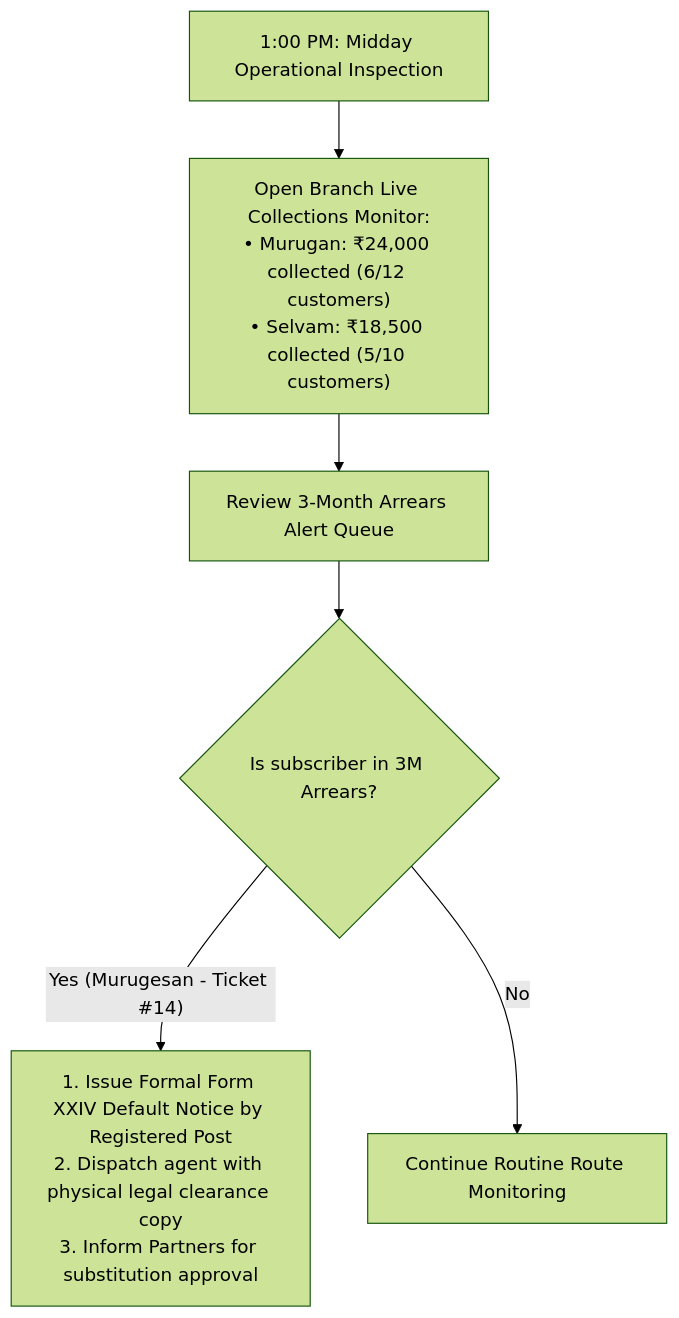
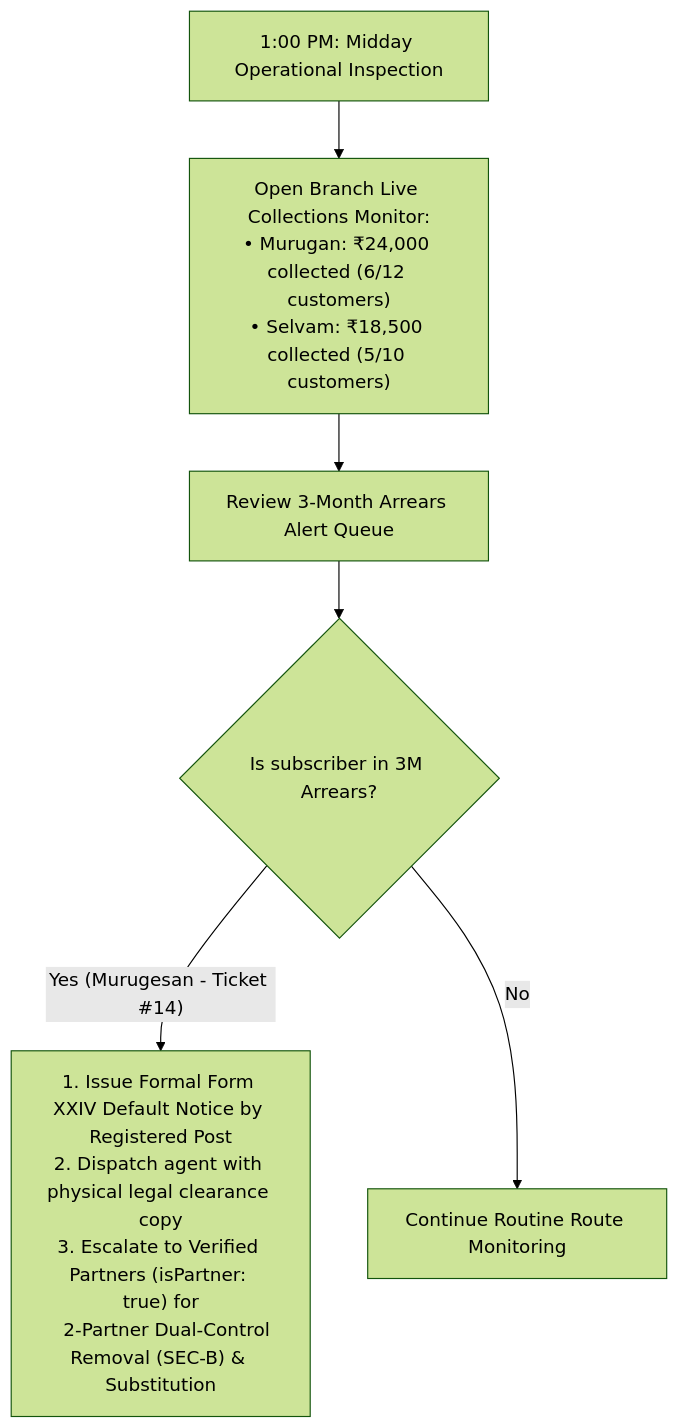
One commit to Kathir-24/Kumaran-finance changed the tenth of 10 diagrams in docs/07-operations/user-manuals/branch-manager-manual.md. Above: the diagram before and after it, drawn with Mermaid (forest theme). The commit also changed other lines of this file and 4 other files, not shown here.

````diff
--- a/docs/07-operations/user-manuals/branch-manager-manual.md
+++ b/docs/07-operations/user-manuals/branch-manager-manual.md
@@ -244,8 +244,8 @@
 ```mermaid
 flowchart TD
     Midday["1:00 PM: Midday Operational Inspection"] --> LiveDash["Open Branch Live Collections Monitor:\n• Murugan: ₹24,000 collected (6/12 customers)\n• Selvam: ₹18,500 collected (5/10 customers)"]
     LiveDash --> CheckDefaulters["Review 3-Month Arrears Alert Queue"]
     CheckDefaulters --> Escalation{"Is subscriber in 3M Arrears?"}
-    Escalation -- "Yes (Murugesan - Ticket #14)" --> IssueNotice["1. Issue Formal Form XXIV Default Notice by Registered Post\n2. Dispatch agent with physical legal clearance copy\n3. Inform Partners for substitution approval"]
+    Escalation -- "Yes (Murugesan - Ticket #14)" --> IssueNotice["1. Issue Formal Form XXIV Default Notice by Registered Post\n2. Dispatch agent with physical legal clearance copy\n3. Escalate to Verified Partners (isPartner: true) for\n   2-Partner Dual-Control Removal (SEC-B) & Substitution"]
     Escalation -- "No" --> Routine["Continue Routine Route Monitoring"]
 ```
````
